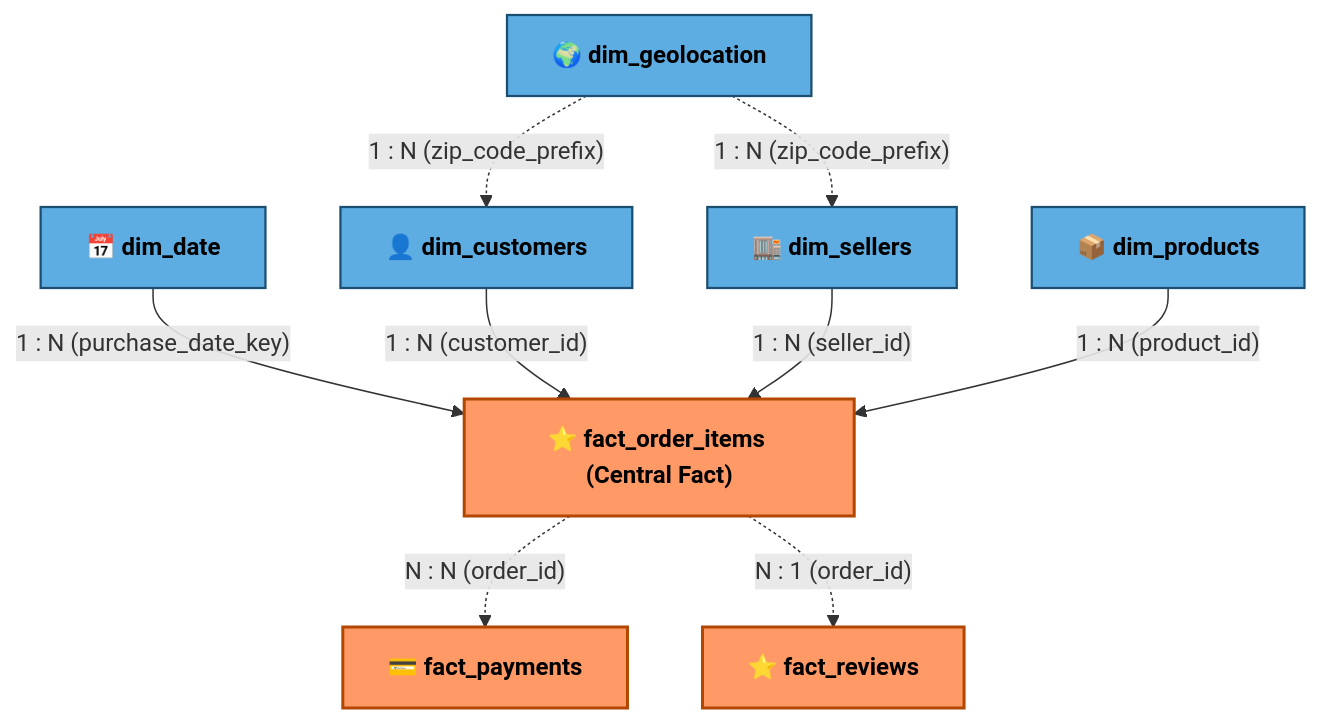
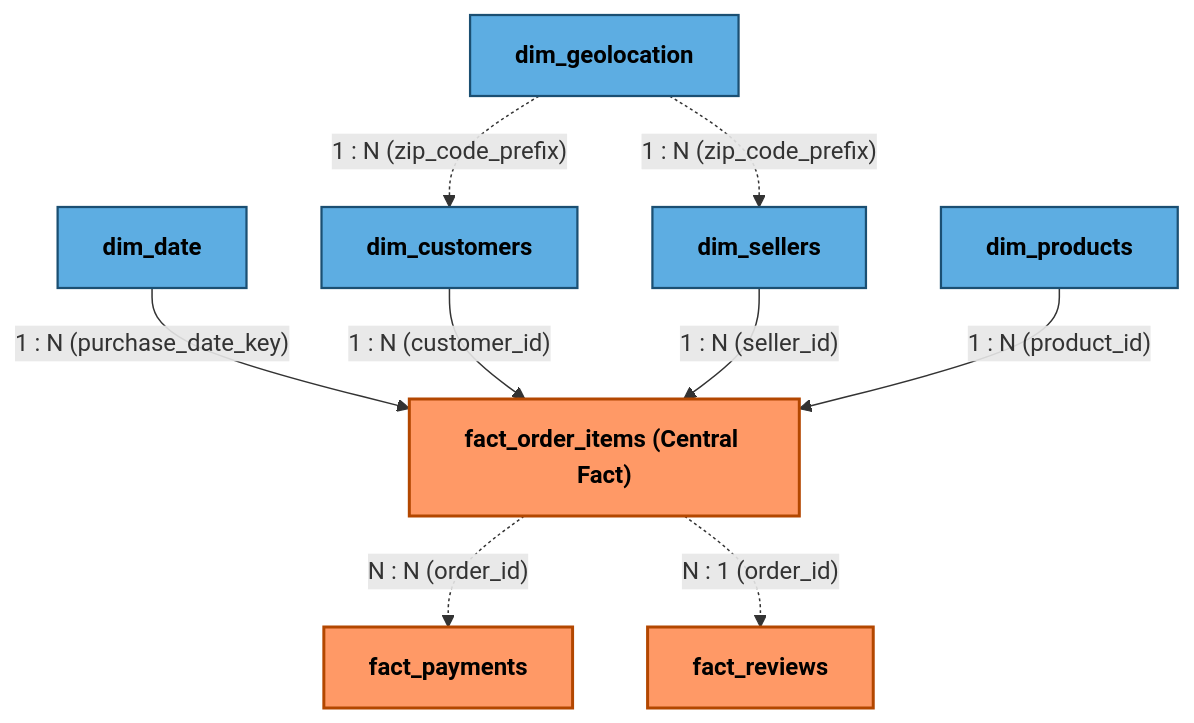
One commit to doanquangminh14/olist-ecommerce-analytics changed the second of 2 diagrams in README.md. Above: the diagram before and after it, drawn with Mermaid. The commit also changed other lines of this file and 3 other files, not shown here.

Commit message:
docs: streamline mermaid diagrams, fix render errors, and remove all emojis/icons

````diff
--- a/README.md
+++ b/README.md
@@ -161,16 +158,16 @@
 ```mermaid
 graph TD
     classDef fact fill:#ff9966,stroke:#b34700,stroke-width:2px,color:#000,font-weight:bold;
     classDef dim fill:#5dade2,stroke:#1b4f72,stroke-width:1.5px,color:#000,font-weight:bold;
 
-    dim_date["📅 dim_date"]:::dim -->|"1 : N (purchase_date_key)"| fact_order_items["⭐ fact_order_items (Central Fact)"]:::fact
-    dim_customers["👤 dim_customers"]:::dim -->|"1 : N (customer_id)"| fact_order_items
-    dim_sellers["🏬 dim_sellers"]:::dim -->|"1 : N (seller_id)"| fact_order_items
-    dim_products["📦 dim_products"]:::dim -->|"1 : N (product_id)"| fact_order_items
+    dim_date["dim_date"]:::dim -->|"1 : N (purchase_date_key)"| fact_order_items["fact_order_items (Central Fact)"]:::fact
+    dim_customers["dim_customers"]:::dim -->|"1 : N (customer_id)"| fact_order_items
+    dim_sellers["dim_sellers"]:::dim -->|"1 : N (seller_id)"| fact_order_items
+    dim_products["dim_products"]:::dim -->|"1 : N (product_id)"| fact_order_items
 
-    dim_geolocation["🌍 dim_geolocation"]:::dim -.->|"1 : N (zip_code_prefix)"| dim_customers
+    dim_geolocation["dim_geolocation"]:::dim -.->|"1 : N (zip_code_prefix)"| dim_customers
     dim_geolocation -.->|"1 : N (zip_code_prefix)"| dim_sellers
 
-    fact_order_items -.->|"N : N (order_id)"| fact_payments["💳 fact_payments"]:::fact
-    fact_order_items -.->|"N : 1 (order_id)"| fact_reviews["⭐ fact_reviews"]:::fact
+    fact_order_items -.->|"N : N (order_id)"| fact_payments["fact_payments"]:::fact
+    fact_order_items -.->|"N : 1 (order_id)"| fact_reviews["fact_reviews"]:::fact
 ```
````
